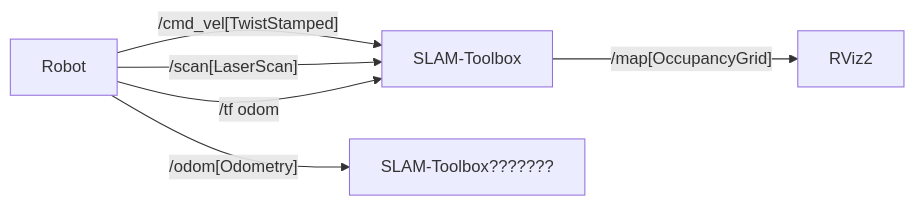
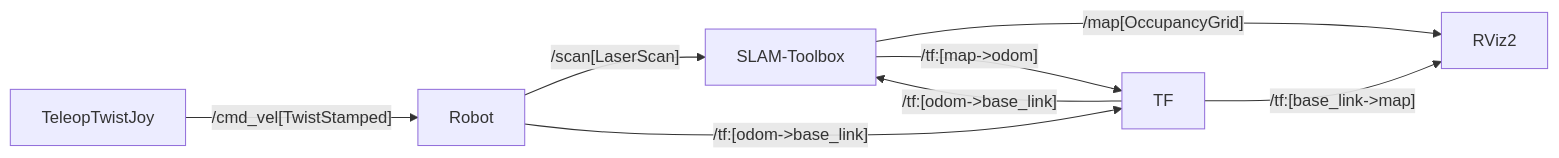
Before and after one commit to jfrancis71/ros2_nav2_demo: the diagram in README.md, drawn with Mermaid.

Commit message:
Update README.md
Fixing up the diagram for SLAM Toolbox

````diff
--- a/README.md
+++ b/README.md
@@ -19,8 +19,10 @@
 ``` mermaid
     flowchart LR
-    Robot --/cmd_vel[TwistStamped] --> SLAM-Toolbox
+    TeleopTwistJoy --/cmd_vel[TwistStamped] --> Robot
     Robot --/scan[LaserScan] --> SLAM-Toolbox
-    Robot --/odom[Odometry] --> SLAM-Toolbox???????
-    Robot --/tf odom --> SLAM-Toolbox
+    Robot --/tf:[odom->base_link] --> TF
     SLAM-Toolbox --/map[OccupancyGrid] --> RViz2
+    SLAM-Toolbox --/tf:[map->odom] --> TF
+    TF --/tf:[odom->base_link] --> SLAM-Toolbox
+    TF --/tf:[base_link->map] --> RViz2
 ``` 
````
